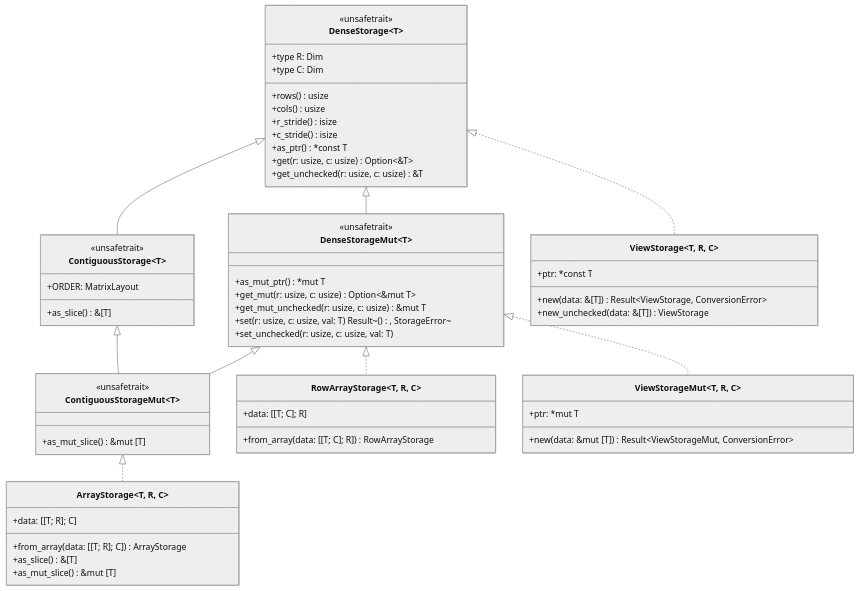
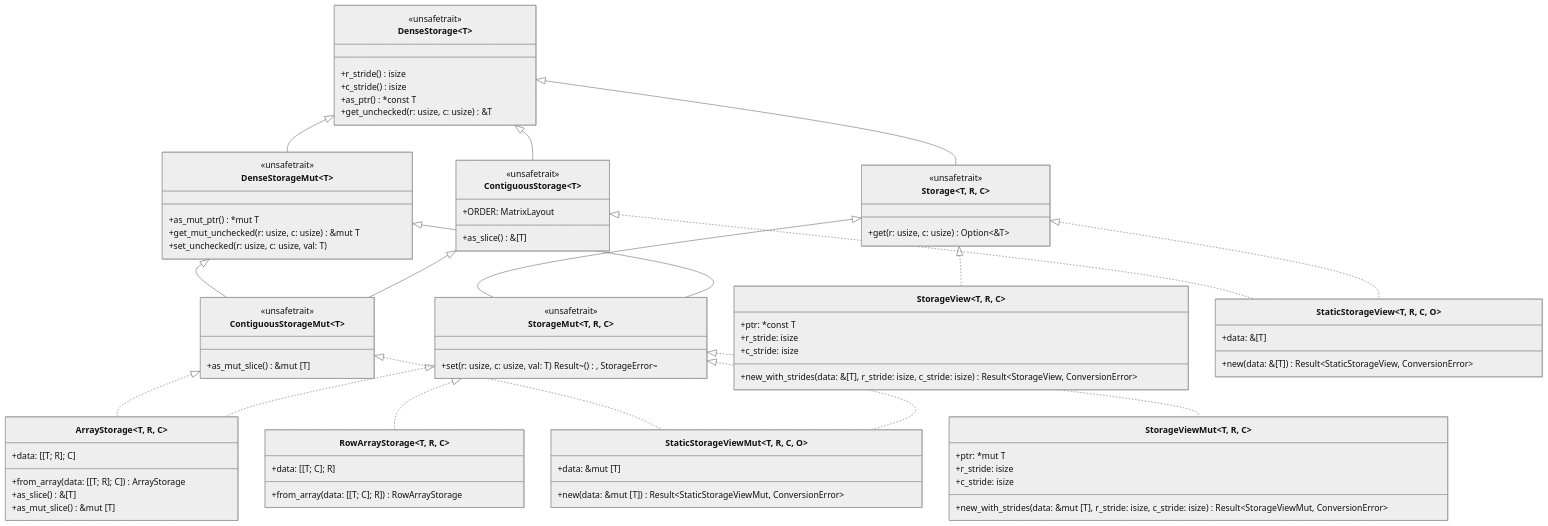
The first of 3 diagrams in documentation/math/storage-design.md (Dyse-Industries/control-rs), drawn with Mermaid (neutral theme) before and after one commit. The commit also changed other lines of this file and 35 other files, not shown here.

````diff
--- a/documentation/math/storage-design.md
+++ b/documentation/math/storage-design.md
@@ -167,23 +112,16 @@
 
     class DenseStorage~T~ {
         <<unsafetrait>>
-        +type R: Dim
-        +type C: Dim
-        +rows() usize
-        +cols() usize
         +r_stride() isize
         +c_stride() isize
         +as_ptr() *const T
-        +get(r: usize, c: usize) Option~&T~
         +get_unchecked(r: usize, c: usize) &T
     }
 
     class DenseStorageMut~T~ {
         <<unsafetrait>>
         +as_mut_ptr() *mut T
-        +get_mut(r: usize, c: usize) Option~&mut T~
         +get_mut_unchecked(r: usize, c: usize) &mut T
-        +set(r: usize, c: usize, val: T) Result~(), StorageError~
         +set_unchecked(r: usize, c: usize, val: T)
     }
 
@@ -198,7 +136,17 @@
         +as_mut_slice() &mut [T]
     }
 
-    class ArrayStorage~T, R, C~ {
+    class Storage~T, R, C~ {
+<<unsafetrait>>
++get(r: usize, c: usize) Option~&T~
+ }
+
+class StorageMut~T, R, C~ {
+<<unsafetrait>>
++set(r: usize, c: usize, val: T) Result~(), StorageError~
+}
+
+class ArrayStorage~T, R, C~ {
 +data: [[T; R]; C]
 +from_array(data: [[T; R]; C]) ArrayStorage
 +as_slice() &[T]
@@ -210,25 +158,46 @@
 +from_array(data: [[T; C]; R]) RowArrayStorage
  }
 
-class ViewStorage~T, R, C~ {
+class StorageView~T, R, C~ {
 +ptr: *const T
-+new(data: &[T]) Result~ViewStorage, ConversionError~
-+new_unchecked(data: &[T]) ViewStorage
++r_stride: isize
++c_stride: isize
++new_with_strides(data: &[T], r_stride: isize, c_stride: isize) Result~StorageView, ConversionError~
 }
 
-class ViewStorageMut~T, R, C~ {
+class StorageViewMut~T, R, C~ {
 +ptr: *mut T
-+new(data: &mut [T]) Result~ViewStorageMut, ConversionError~
++r_stride: isize
++c_stride: isize
++new_with_strides(data: &mut [T], r_stride: isize, c_stride: isize) Result~StorageViewMut, ConversionError~
+}
+
+class StaticStorageView~T, R, C, O~ {
++data: &[T]
++new(data: &[T]) Result~StaticStorageView, ConversionError~
+}
+
+class StaticStorageViewMut~T, R, C, O~ {
++data: &mut [T]
++new(data: &mut [T]) Result~StaticStorageViewMut, ConversionError~
 }
 
 %% Inheritance & Realizations
 DenseStorage <|-- DenseStorageMut
 DenseStorage <|-- ContiguousStorage
+DenseStorage <|-- Storage
+DenseStorageMut <|-- StorageMut
+Storage <|-- StorageMut
 ContiguousStorage <|-- ContiguousStorageMut
 DenseStorageMut <|-- ContiguousStorageMut
 
+StorageMut <|.. ArrayStorage~T, R, C~
 ContiguousStorageMut <|.. ArrayStorage~T, R, C~
-DenseStorageMut <|.. RowArrayStorage~T, R, C~
-DenseStorage <|.. ViewStorage~T, R, C~
-DenseStorageMut <|.. ViewStorageMut~T, R, C~
+StorageMut <|.. RowArrayStorage~T, R, C~
+Storage <|.. StorageView~T, R, C~
+StorageMut <|.. StorageViewMut~T, R, C~
+Storage <|.. StaticStorageView~T, R, C, O~
+StorageMut <|.. StaticStorageViewMut~T, R, C, O~
+ContiguousStorage <|.. StaticStorageView~T, R, C, O~
+ContiguousStorageMut <|.. StaticStorageViewMut~T, R, C, O~
 ```
````
